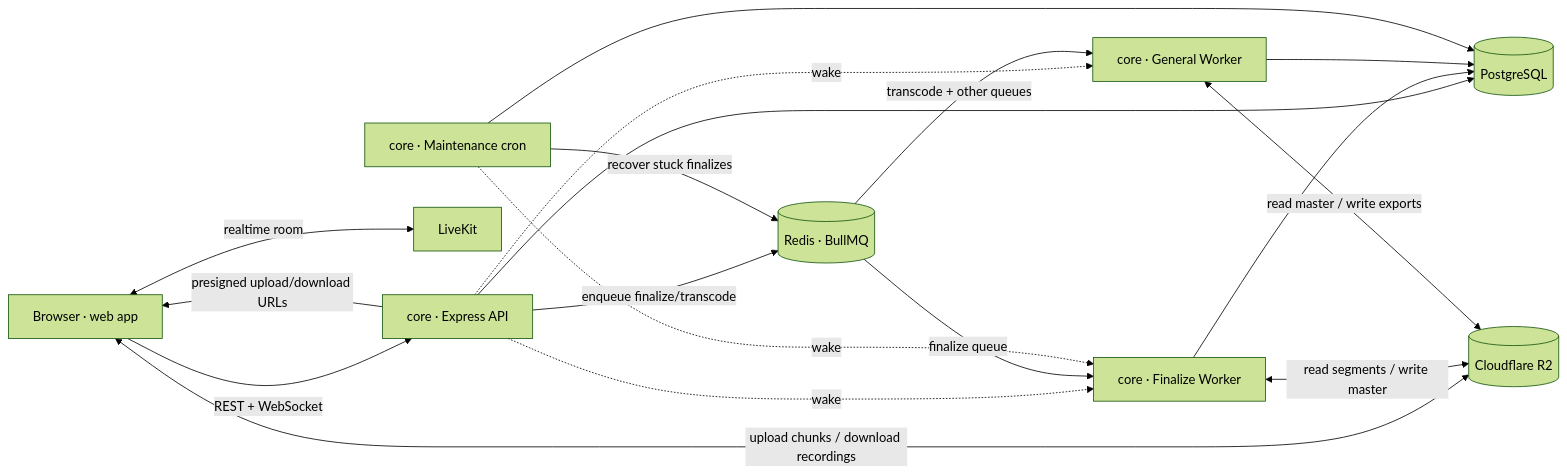
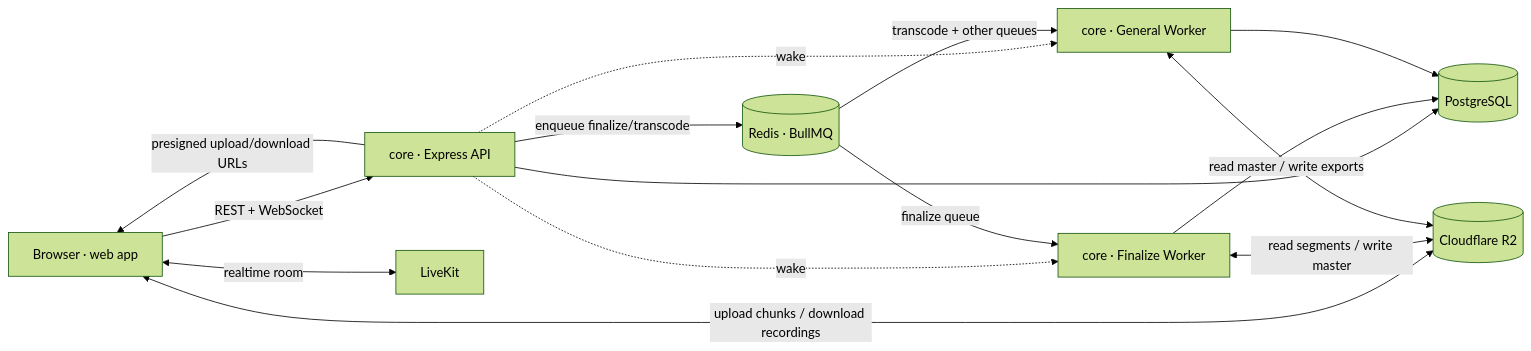
The diagram in README.md (AnonMohak/openside), drawn with Mermaid (forest theme) before and after one commit. The commit also changed other lines of this file and 7 other files, not shown here.

Commit message:
Run maintenance on a timer in the API and drop the cron service

````diff
--- a/README.md
+++ b/README.md
@@ -44,20 +44,17 @@
 ```mermaid
 flowchart LR
     W[Browser · web app] -->|REST + WebSocket| API[core · Express API]
     W <-->|realtime room| LK[LiveKit]
     W <-->|upload chunks / download recordings| R2[(Cloudflare R2)]
     API -->|presigned upload/download URLs| W
     API --> DB[(PostgreSQL)]
     API -->|enqueue finalize/transcode| R[(Redis · BullMQ)]
     API -.->|wake| FW
     API -.->|wake| GW
     R -->|finalize queue| FW[core · Finalize Worker]
     R -->|transcode + other queues| GW[core · General Worker]
     FW <-->|read segments / write master| R2
     GW <-->|read master / write exports| R2
     FW --> DB
     GW --> DB
-    M[core · Maintenance cron] --> DB
-    M -->|recover stuck finalizes| R
-    M -.->|wake| FW
 ```
````
